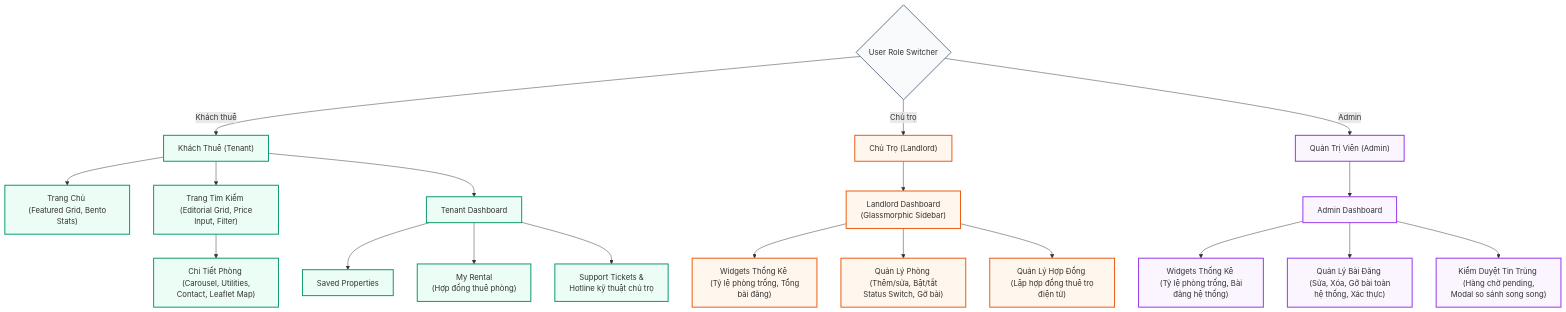
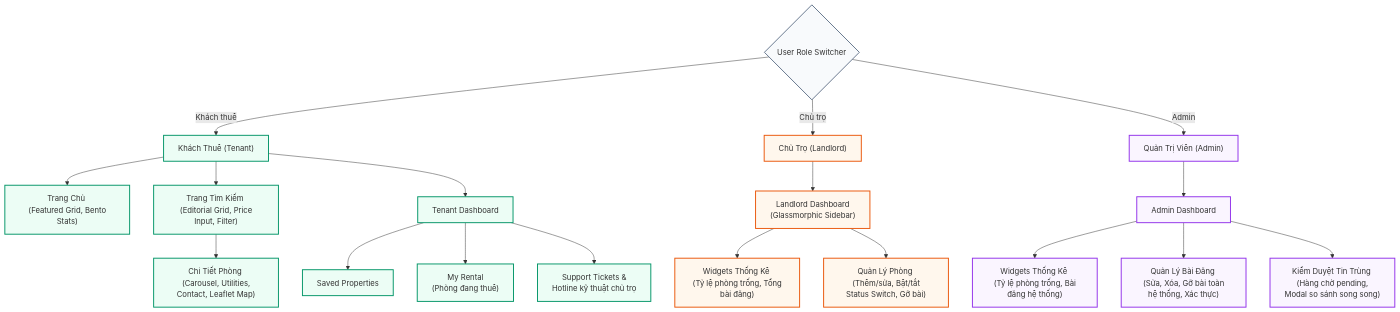
One commit to Spotlighterr/TNCB changed the second of 3 diagrams in project_architecture.md. Above: the diagram before and after it, drawn with Mermaid. The commit also changed 4 other files, not shown here.

````diff
--- a/project_architecture.md
+++ b/project_architecture.md
@@ -62,58 +62,56 @@
 ```mermaid
 graph TD
     %% Styling
     classDef tenant fill:#ecfdf5,stroke:#059669,stroke-width:2px;
     classDef landlord fill:#fff7ed,stroke:#ea580c,stroke-width:2px;
     classDef admin fill:#faf5ff,stroke:#9333ea,stroke-width:2px;
     classDef shared fill:#f8fafc,stroke:#64748b,stroke-width:2px;
 
     %% Nodes
     RoleSelector{"User Role Switcher"}:::shared
     
     %% Tenant Flow
     Tenant["Khách Thuê (Tenant)"]:::tenant
     Home["Trang Chủ <br> (Featured Grid, Bento Stats)"]:::tenant
     Search["Trang Tìm Kiếm <br> (Editorial Grid, Price Input, Filter)"]:::tenant
     Detail["Chi Tiết Phòng <br> (Carousel, Utilities, Contact, Leaflet Map)"]:::tenant
     TDash["Tenant Dashboard"]:::tenant
     Saved["Saved Properties"]:::tenant
-    MyRental["My Rental <br> (Hợp đồng thuê phòng)"]:::tenant
+    MyRental["My Rental <br> (Phòng đang thuê)"]:::tenant
     Support["Support Tickets & <br> Hotline kỹ thuật chủ trọ"]:::tenant
 
     %% Landlord Flow
     Landlord["Chủ Trọ (Landlord)"]:::landlord
     LDash["Landlord Dashboard <br> (Glassmorphic Sidebar)"]:::landlord
     Overview["Widgets Thống Kê <br> (Tỷ lệ phòng trống, Tổng bài đăng)"]:::landlord
     RoomMgmt["Quản Lý Phòng <br> (Thêm/sửa, Bật/tắt Status Switch, Gỡ bài)"]:::landlord
-    Contract["Quản Lý Hợp Đồng <br> (Lập hợp đồng thuê trọ điện tử)"]:::landlord
 
     %% Admin Flow
     Admin["Quản Trị Viên (Admin)"]:::admin
     ADash["Admin Dashboard"]:::admin
     AOverview["Widgets Thống Kê <br> (Tỷ lệ phòng trống, Bài đăng hệ thống)"]:::admin
     ARoomMgmt["Quản Lý Bài Đăng <br> (Sửa, Xóa, Gỡ bài toàn hệ thống, Xác thực)"]:::admin
     AReview["Kiểm Duyệt Tin Trùng <br> (Hàng chờ pending, Modal so sánh song song)"]:::admin
 
     %% Edges
     RoleSelector -->|Khách thuê| Tenant
     RoleSelector -->|Chủ trọ| Landlord
     RoleSelector -->|Admin| Admin
 
     Tenant --> Home
     Tenant --> Search
     Search --> Detail
     Tenant --> TDash
     TDash --> Saved
     TDash --> MyRental
     TDash --> Support
 
     Landlord --> LDash
     LDash --> Overview
     LDash --> RoomMgmt
-    LDash --> Contract
 
     Admin --> ADash
     ADash --> AOverview
     ADash --> ARoomMgmt
     ADash --> AReview
 ```
````
